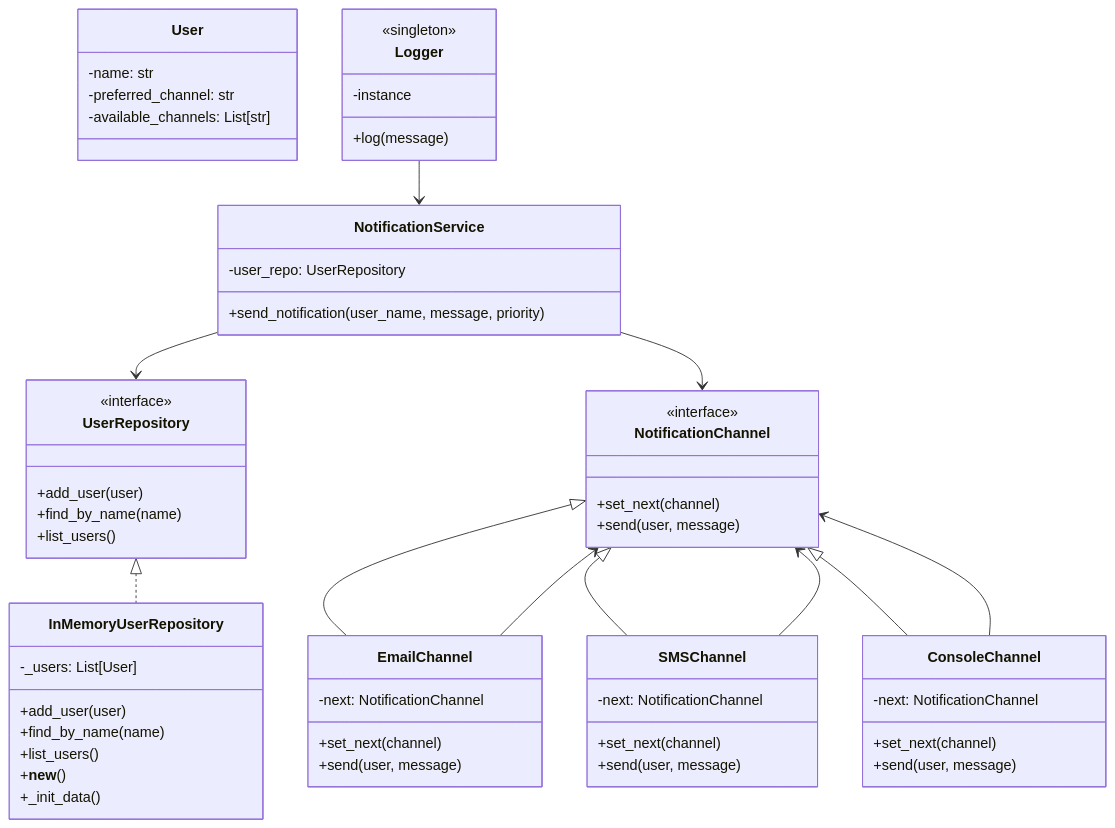
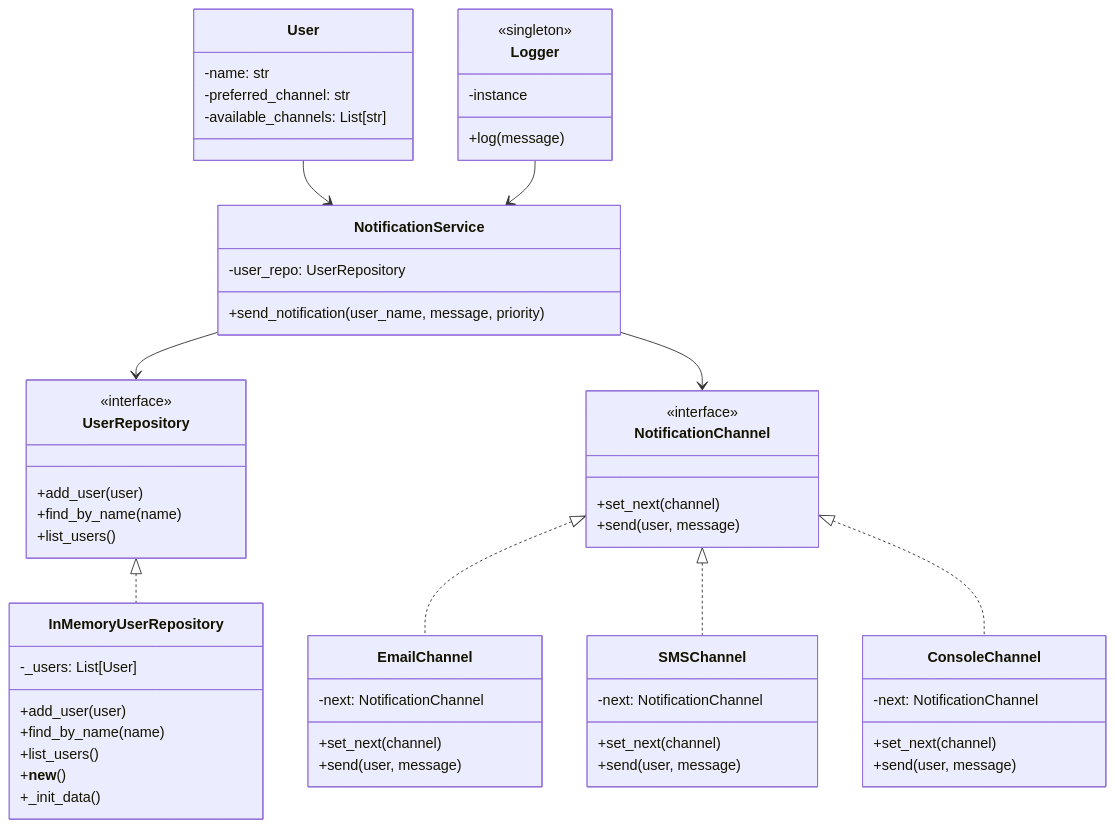
One commit to moviedoq/MV7h changed the diagram in Laboratory1/1001301429/README.md. Above: the diagram before and after it, drawn with Mermaid. The commit also changed other lines of this file, not shown here.

````diff
--- a/Laboratory1/1001301429/README.md
+++ b/Laboratory1/1001301429/README.md
@@ -138,70 +139,67 @@
 ```mermaid
 classDiagram
     class User {
         -name: str
         -preferred_channel: str
         -available_channels: List[str]
     }
 
     class UserRepository {
         <<interface>>
         +add_user(user)
         +find_by_name(name)
         +list_users()
     }
 
     class InMemoryUserRepository {
         -_users: List[User]
         +add_user(user)
         +find_by_name(name)
         +list_users()
         +__new__()
         +_init_data()
     }
 
     class NotificationChannel {
         <<interface>>
         +set_next(channel)
         +send(user, message)
     }
 
     class EmailChannel {
         -next: NotificationChannel
         +set_next(channel)
         +send(user, message)
     }
 
     class SMSChannel {
         -next: NotificationChannel
         +set_next(channel)
         +send(user, message)
     }
 
     class ConsoleChannel {
         -next: NotificationChannel
         +set_next(channel)
         +send(user, message)
     }
 
     class NotificationService {
         -user_repo: UserRepository
         +send_notification(user_name, message, priority)
     }
 
     class Logger {
         <<singleton>>
         -instance
         +log(message)
     }
-
+    User --> NotificationService
     UserRepository <|.. InMemoryUserRepository
-    NotificationChannel <|-- EmailChannel
-    NotificationChannel <|-- SMSChannel
-    NotificationChannel <|-- ConsoleChannel
+    NotificationChannel <|.. EmailChannel
+    NotificationChannel <|.. SMSChannel
+    NotificationChannel <|.. ConsoleChannel
     NotificationService --> UserRepository
     NotificationService --> NotificationChannel
-    EmailChannel --> NotificationChannel
-    SMSChannel --> NotificationChannel
-    ConsoleChannel --> NotificationChannel
     Logger --> NotificationService
 ```
````
